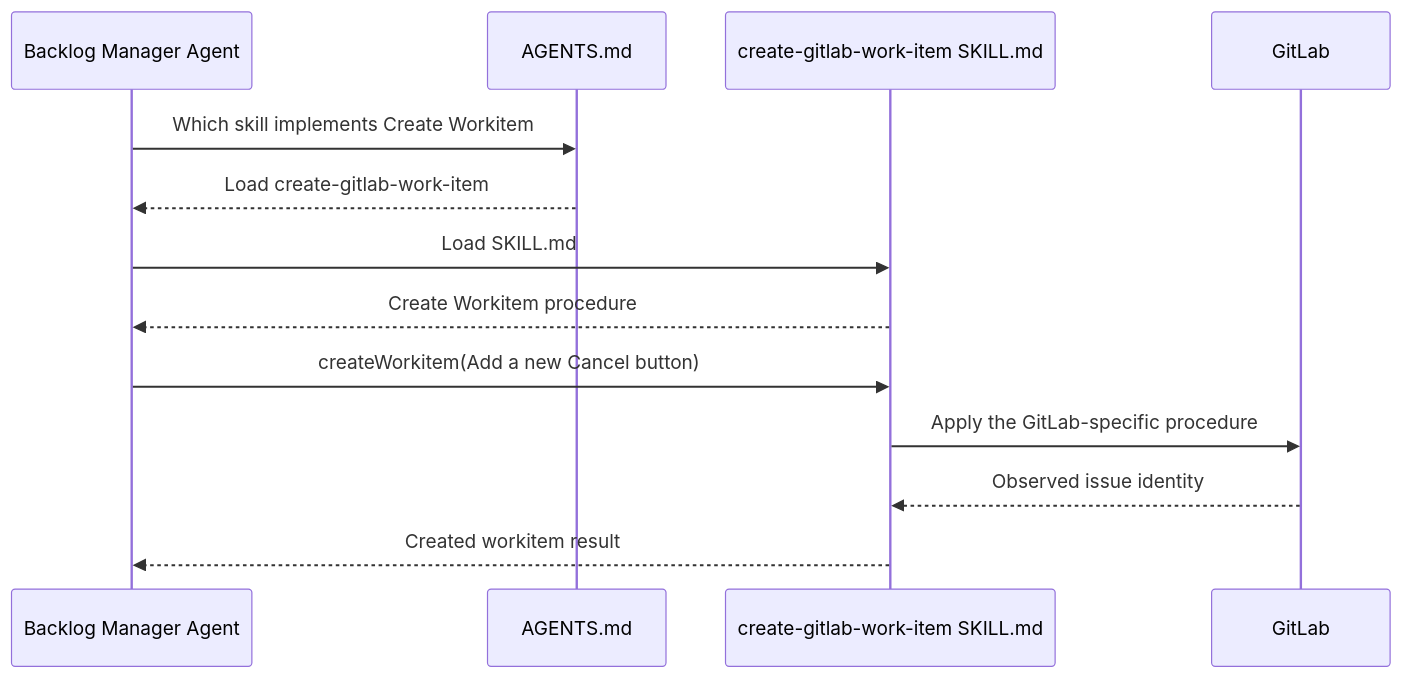
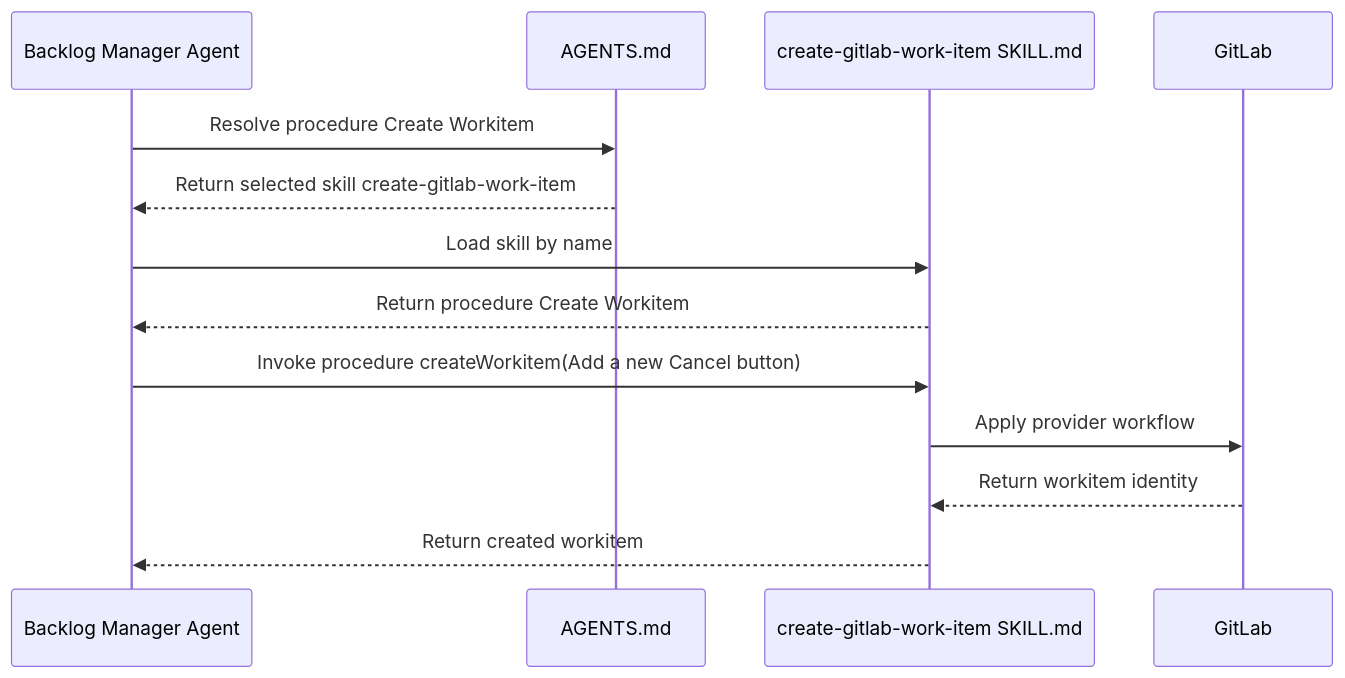
The eighth of 12 diagrams in design/object-oriented-agent-and-skill-model.md (martinbechard/dev-methodology), drawn with Mermaid before and after one commit. The commit also changed other lines of this file and 2 other files, not shown here.

Commit message:
Define diagram relationship notation

````diff
--- a/design/object-oriented-agent-and-skill-model.md
+++ b/design/object-oriented-agent-and-skill-model.md
@@ -384,16 +462,16 @@
 ```mermaid
 sequenceDiagram
     participant Agent as Backlog Manager Agent
     participant Guidance as AGENTS.md
     participant Skill as create-gitlab-work-item SKILL.md
     participant GitLab
 
-    Agent->>Guidance: Which skill implements Create Workitem
-    Guidance-->>Agent: Load create-gitlab-work-item
-    Agent->>Skill: Load SKILL.md
-    Skill-->>Agent: Create Workitem procedure
-    Agent->>Skill: createWorkitem(Add a new Cancel button)
-    Skill->>GitLab: Apply the GitLab-specific procedure
-    GitLab-->>Skill: Observed issue identity
-    Skill-->>Agent: Created workitem result
+    Agent->>Guidance: Resolve procedure Create Workitem
+    Guidance-->>Agent: Return selected skill create-gitlab-work-item
+    Agent->>Skill: Load skill by name
+    Skill-->>Agent: Return procedure Create Workitem
+    Agent->>Skill: Invoke procedure createWorkitem(Add a new Cancel button)
+    Skill->>GitLab: Apply provider workflow
+    GitLab-->>Skill: Return workitem identity
+    Skill-->>Agent: Return created workitem
 ```
````
